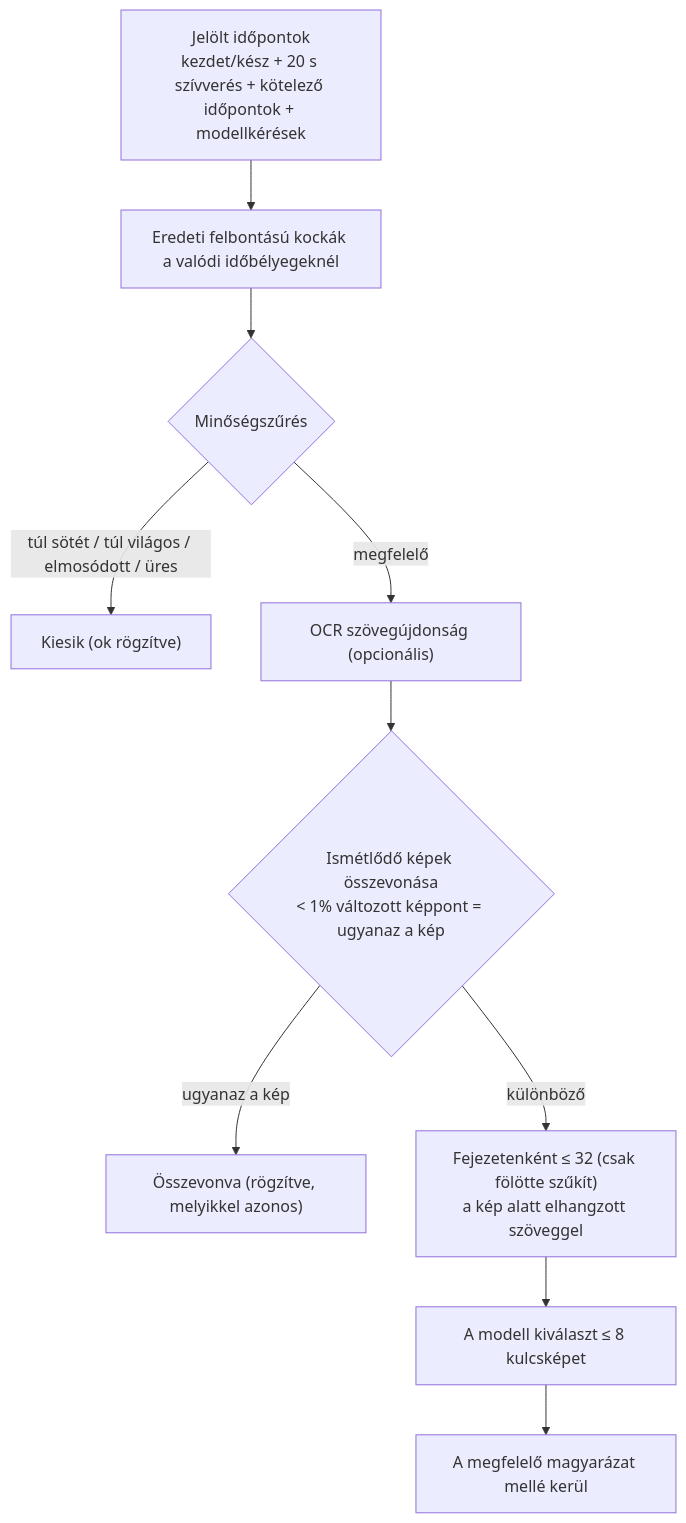
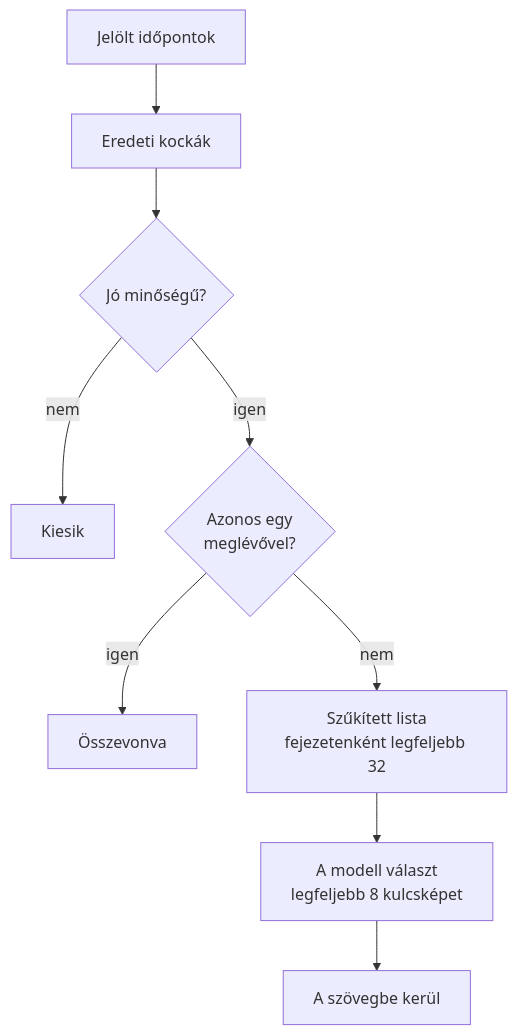
Before and after one commit to songyang8964/video-notes: the sixth of 7 diagrams in README.hu.md, drawn with Mermaid. The commit also changed other lines of this file and 2 other files, not shown here.

Commit message:
README: usage first, short diagram labels, timeline as a table

````diff
--- a/README.hu.md
+++ b/README.hu.md
@@ -198,12 +416,11 @@
 ```mermaid
 flowchart TD
-    A["Jelölt időpontok<br/>kezdet/kész + 20 s szívverés + kötelező időpontok + modellkérések"] --> B["Eredeti felbontású kockák a valódi időbélyegeknél"]
-    B --> Q{"Minőségszűrés"}
-    Q -- túl sötét / túl világos / elmosódott / üres --> R1["Kiesik (ok rögzítve)"]
-    Q -- megfelelő --> O["OCR szövegújdonság (opcionális)"]
-    O --> D{"Ismétlődő képek összevonása<br/>< 1% változott képpont = ugyanaz a kép"}
-    D -- ugyanaz a kép --> R2["Összevonva (rögzítve, melyikkel azonos)"]
-    D -- különböző --> SH["Fejezetenként ≤ 32 (csak fölötte szűkít)<br/>a kép alatt elhangzott szöveggel"]
-    SH --> M["A modell kiválaszt ≤ 8 kulcsképet"]
-    M --> N["A megfelelő magyarázat mellé kerül"]
+    A["Jelölt időpontok"] --> B["Eredeti kockák"]
+    B --> Q{"Jó minőségű?"}
+    Q -- nem --> R1["Kiesik"]
+    Q -- igen --> D{"Azonos egy<br/>meglévővel?"}
+    D -- igen --> R2["Összevonva"]
+    D -- nem --> SH["Szűkített lista<br/>fejezetenként legfeljebb 32"]
+    SH --> M["A modell választ<br/>legfeljebb 8 kulcsképet"]
+    M --> N["A szövegbe kerül"]
 ```
````
